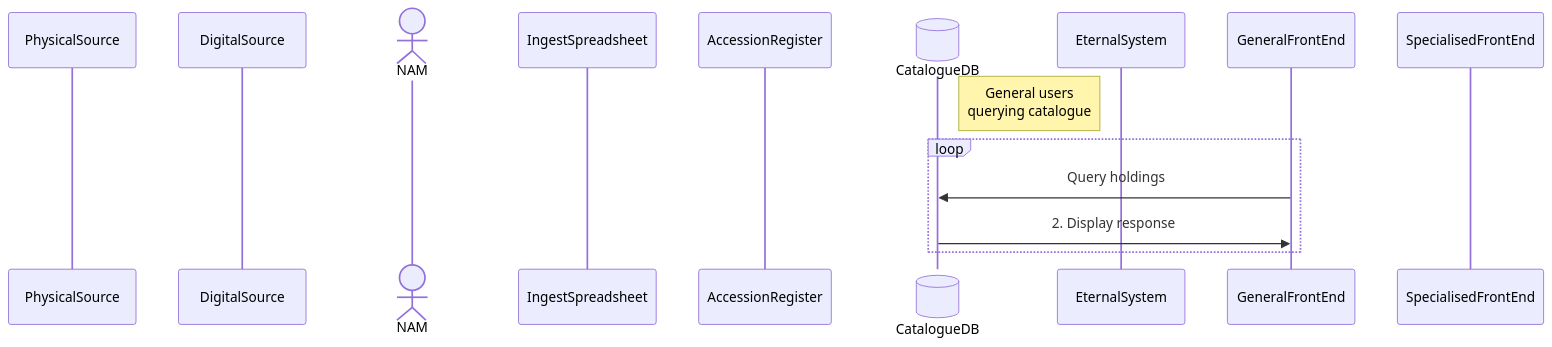
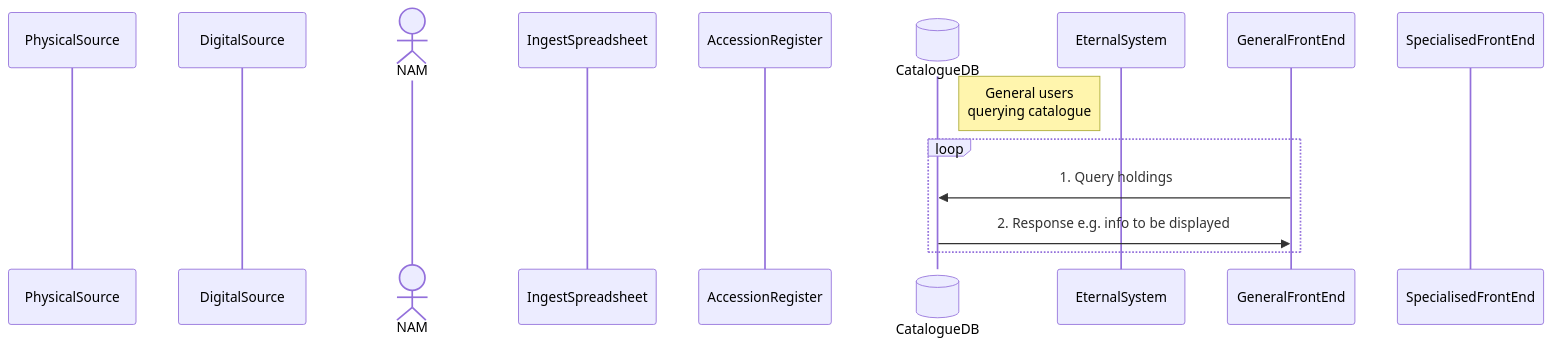
One commit to dgiaretta/NAM changed the fourth of 7 diagrams in README.md. Above: the diagram before and after it, drawn with Mermaid. The commit also changed other lines of this file, not shown here.

First line of the commit message:
Refine README content and sequence diagrams

````diff
--- a/README.md
+++ b/README.md
@@ -126,17 +126,17 @@
 ```mermaid
 sequenceDiagram
 participant PhysicalSource
 participant DigitalSource
 actor NAM
 participant IngestSpreadsheet
 participant AccessionRegister
 participant CatalogueDB@{ "type": "database" }
 participant EternalSystem
 participant GeneralFrontEnd
 participant SpecialisedFrontEnd 
 Note right of CatalogueDB: General users<br/>querying catalogue
 loop
-  GeneralFrontEnd->>CatalogueDB: Query holdings
-  CatalogueDB->>GeneralFrontEnd: 2. Display response
+  GeneralFrontEnd->>CatalogueDB: 1. Query holdings
+  CatalogueDB->>GeneralFrontEnd: 2. Response e.g. info to be displayed
 end
 ```
````
